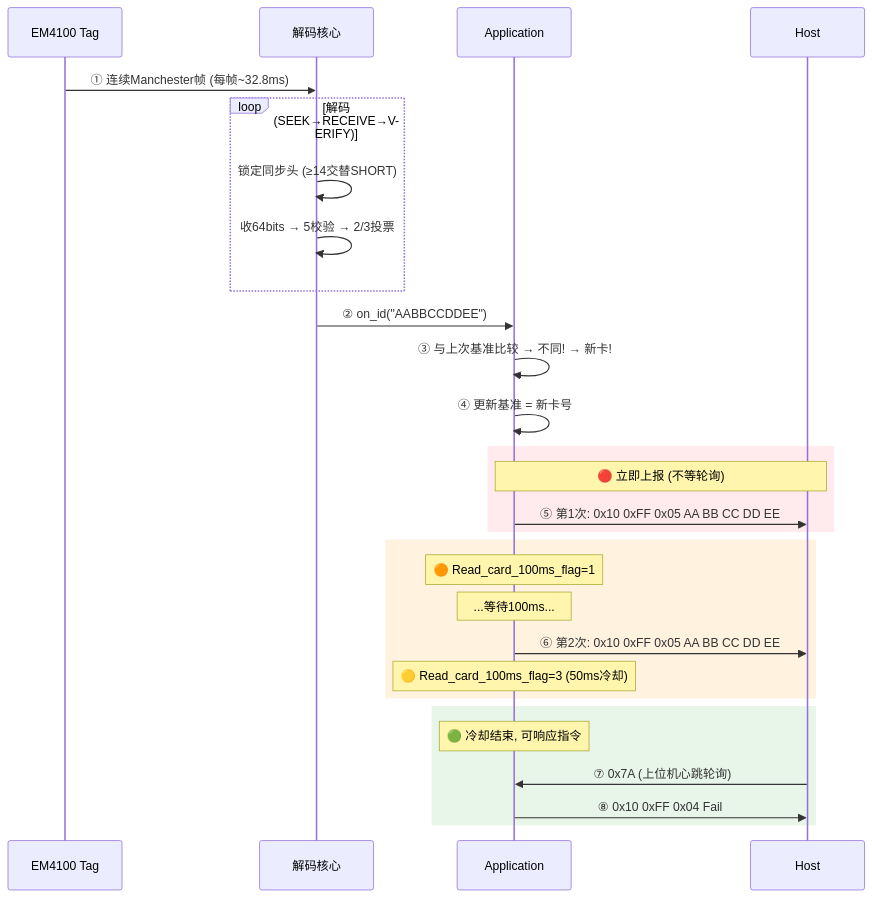
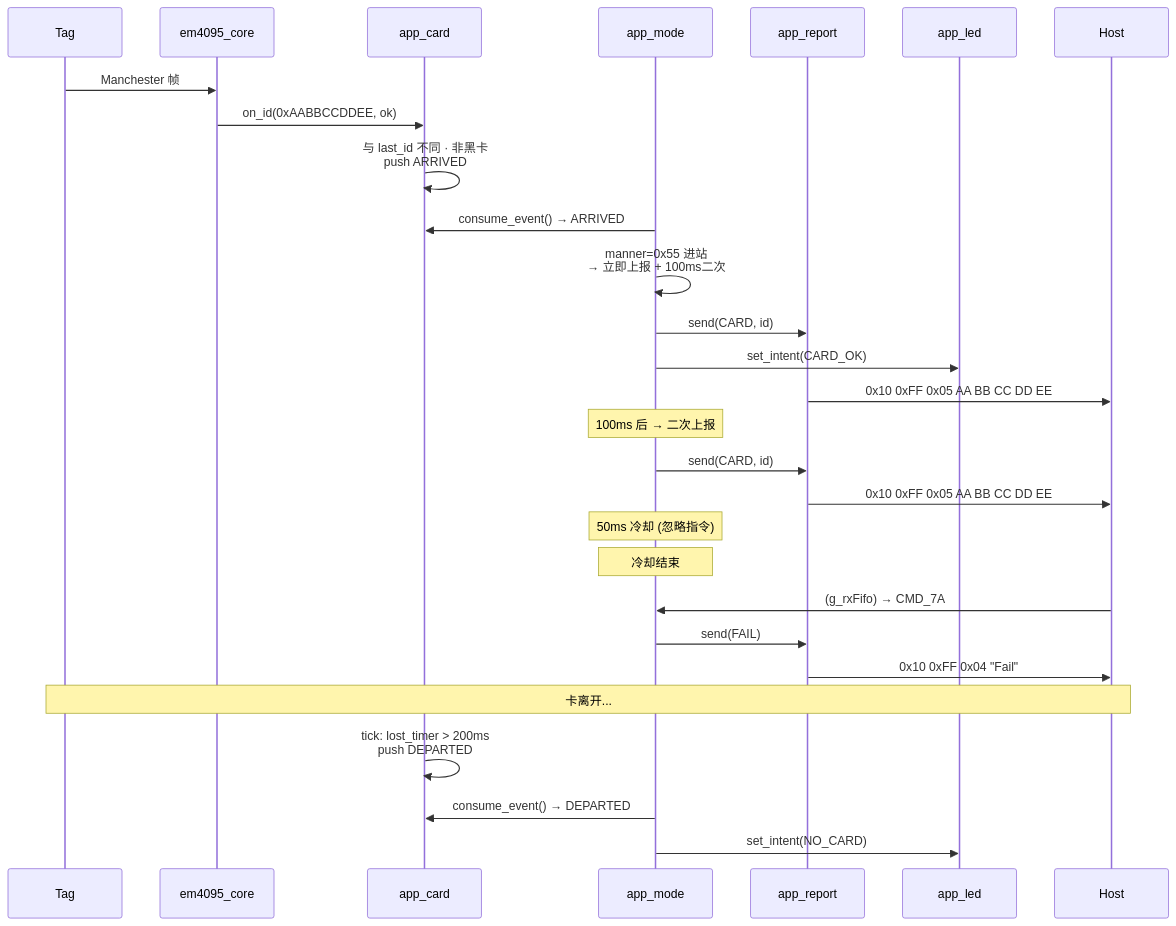
Before and after one commit to Siaiai/ObsidianNote: diagram 12 of 13 in 工作/SR3读卡器/260802SR3读卡器架构.md, drawn with Mermaid. The commit also changed other lines of this file and 1 other file, not shown here.

````diff
--- a/工作/SR3读卡器/260802SR3读卡器架构.md
+++ b/工作/SR3读卡器/260802SR3读卡器架构.md
@@ -330,36 +576,36 @@
 ```mermaid
 sequenceDiagram
-    participant TAG as EM4100 Tag
-    participant DEC as 解码核心
-    participant APP as Application
-    participant UART as Host
+    participant TAG as Tag
+    participant DEC as em4095_core
+    participant CARD as app_card
+    participant MODE as app_mode
+    participant RPT as app_report
+    participant LED as app_led
+    participant HOST as Host
 
-    TAG->>DEC: ① 连续Manchester帧 (每帧~32.8ms)
+    TAG->>DEC: Manchester 帧
+    DEC->>CARD: on_id(0xAABBCCDDEE, ok)
 
-    loop 解码 (SEEK→RECEIVE→VERIFY)
-        DEC->>DEC: 锁定同步头 (≥14交替SHORT)
-        DEC->>DEC: 收64bits → 5校验 → 2/3投票
-    end
+    CARD->>CARD: 与 last_id 不同 · 非黑卡<br/>push ARRIVED
 
-    DEC->>APP: ② on_id("AABBCCDDEE")
-    APP->>APP: ③ 与上次基准比较 → 不同! → 新卡!
-    APP->>APP: ④ 更新基准 = 新卡号
+    MODE->>CARD: consume_event() → ARRIVED
+    MODE->>MODE: manner=0x55 进站<br/>→ 立即上报 + 100ms二次
+    MODE->>RPT: send(CARD, id)
+    MODE->>LED: set_intent(CARD_OK)
+    RPT->>HOST: 0x10 0xFF 0x05 AA BB CC DD EE
 
-    rect rgb(255, 235, 238)
-        Note over APP,UART: 🔴 立即上报 (不等轮询)
-        APP->>UART: ⑤ 第1次: 0x10 0xFF 0x05 AA BB CC DD EE
-    end
+    Note over MODE: 100ms 后 → 二次上报
+    MODE->>RPT: send(CARD, id)
+    RPT->>HOST: 0x10 0xFF 0x05 AA BB CC DD EE
+    Note over MODE: 50ms 冷却 (忽略指令)
 
-    rect rgb(255, 243, 224)
-        Note over APP: 🟠 Read_card_100ms_flag=1
-        Note over APP: ...等待100ms...
-        APP->>UART: ⑥ 第2次: 0x10 0xFF 0x05 AA BB CC DD EE
-        Note over APP: 🟡 Read_card_100ms_flag=3 (50ms冷却)
-    end
+    Note over MODE: 冷却结束
+    HOST->>MODE: (g_rxFifo) → CMD_7A
+    MODE->>RPT: send(FAIL)
+    RPT->>HOST: 0x10 0xFF 0x04 "Fail"
 
-    rect rgb(232, 245, 233)
-        Note over APP: 🟢 冷却结束, 可响应指令
-        UART->>APP: ⑦ 0x7A (上位机心跳轮询)
-        APP->>UART: ⑧ 0x10 0xFF 0x04 Fail
-    end
+    Note over TAG,HOST: 卡离开...
+    CARD->>CARD: tick: lost_timer > 200ms<br/>push DEPARTED
+    MODE->>CARD: consume_event() → DEPARTED
+    MODE->>LED: set_intent(NO_CARD)
 ```
````
